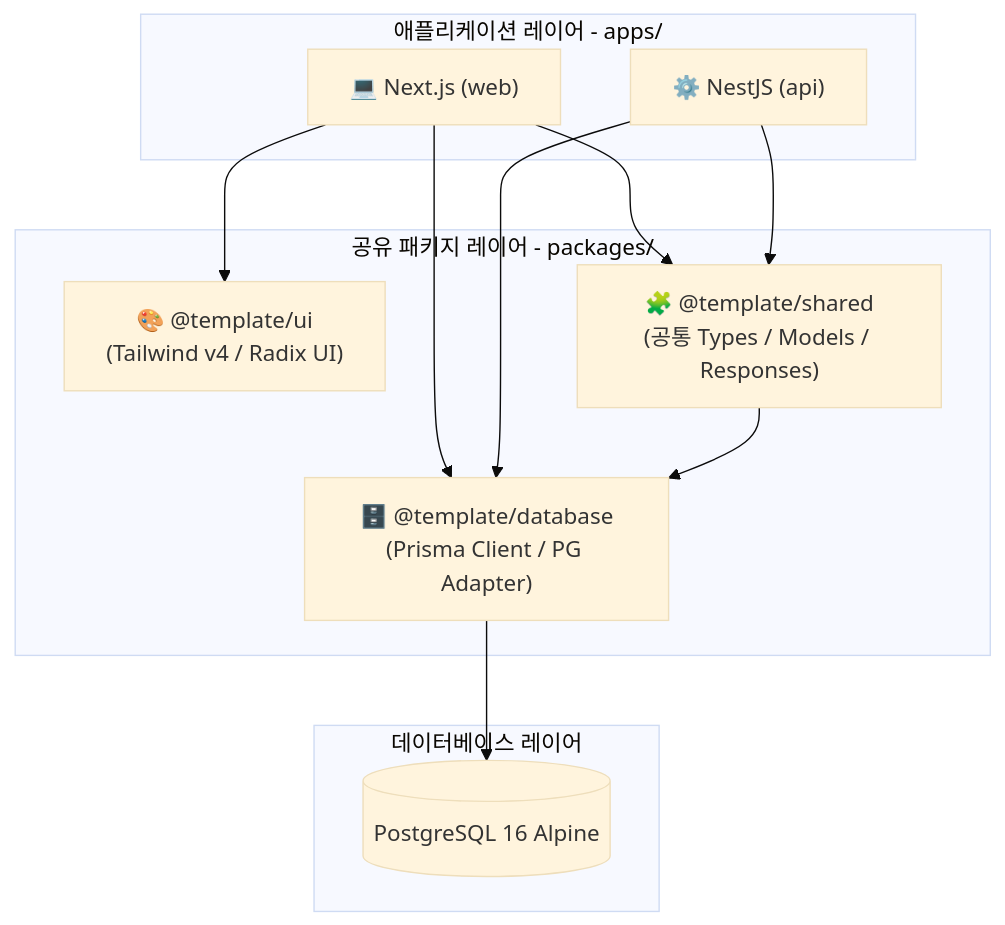
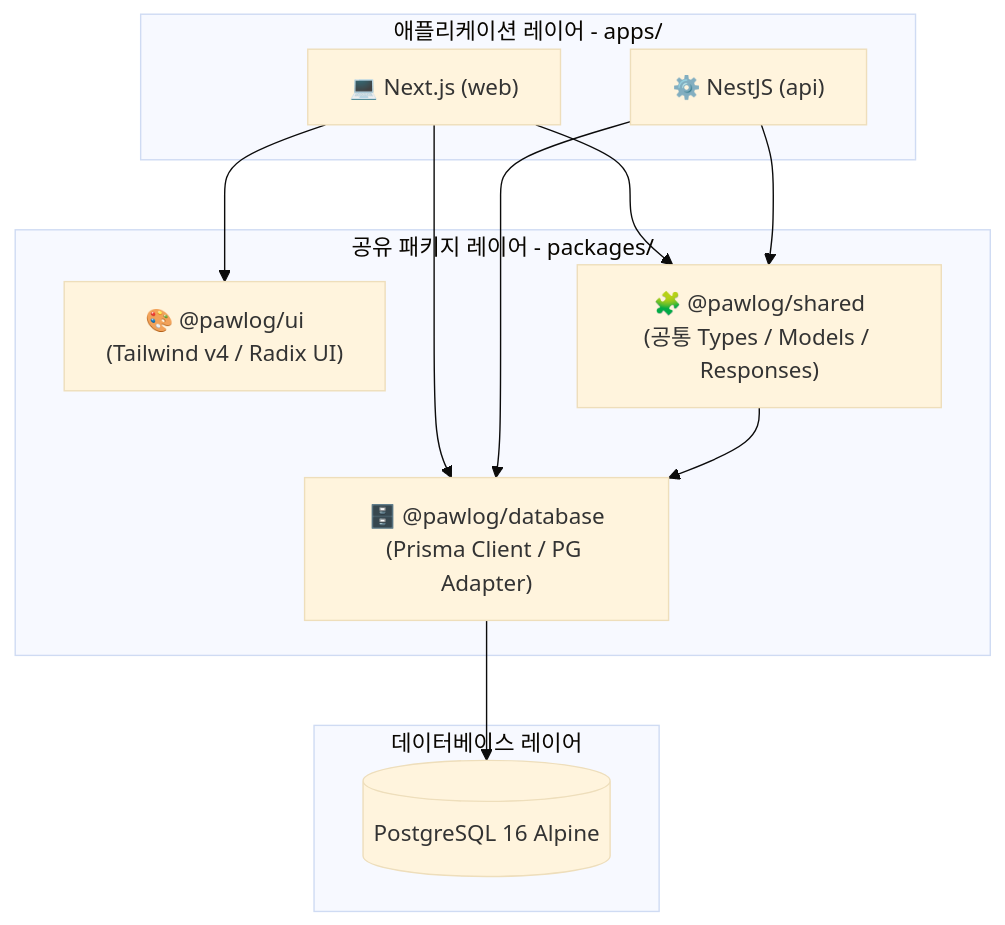
Before and after one commit to jdy0120/meongkinder: the diagram in README.md, drawn with Mermaid (base theme). The commit also changed other lines of this file and 97 other files, not shown here.

````diff
--- a/README.md
+++ b/README.md
@@ -11,26 +11,26 @@
 ```mermaid
 graph TD
     subgraph Apps [애플리케이션 레이어 - apps/]
         Web["💻 Next.js (web)"]
         API["⚙️ NestJS (api)"]
     end
 
     subgraph Packages [공유 패키지 레이어 - packages/]
-        UI["🎨 @template/ui<br>(Tailwind v4 / Radix UI)"]
-        Shared["🧩 @template/shared<br>(공통 Types / Models / Responses)"]
-        DB["🗄️ @template/database<br>(Prisma Client / PG Adapter)"]
+        UI["🎨 @pawlog/ui<br>(Tailwind v4 / Radix UI)"]
+        Shared["🧩 @pawlog/shared<br>(공통 Types / Models / Responses)"]
+        DB["🗄️ @pawlog/database<br>(Prisma Client / PG Adapter)"]
     end
 
     subgraph Data [데이터베이스 레이어]
         Postgres[(PostgreSQL 16 Alpine)]
     end
 
     %% 의존성 관계
     Web --> UI
     Web --> Shared
     Web --> DB
     API --> Shared
     API --> DB
     DB --> Postgres
     Shared --> DB
 ```
````
